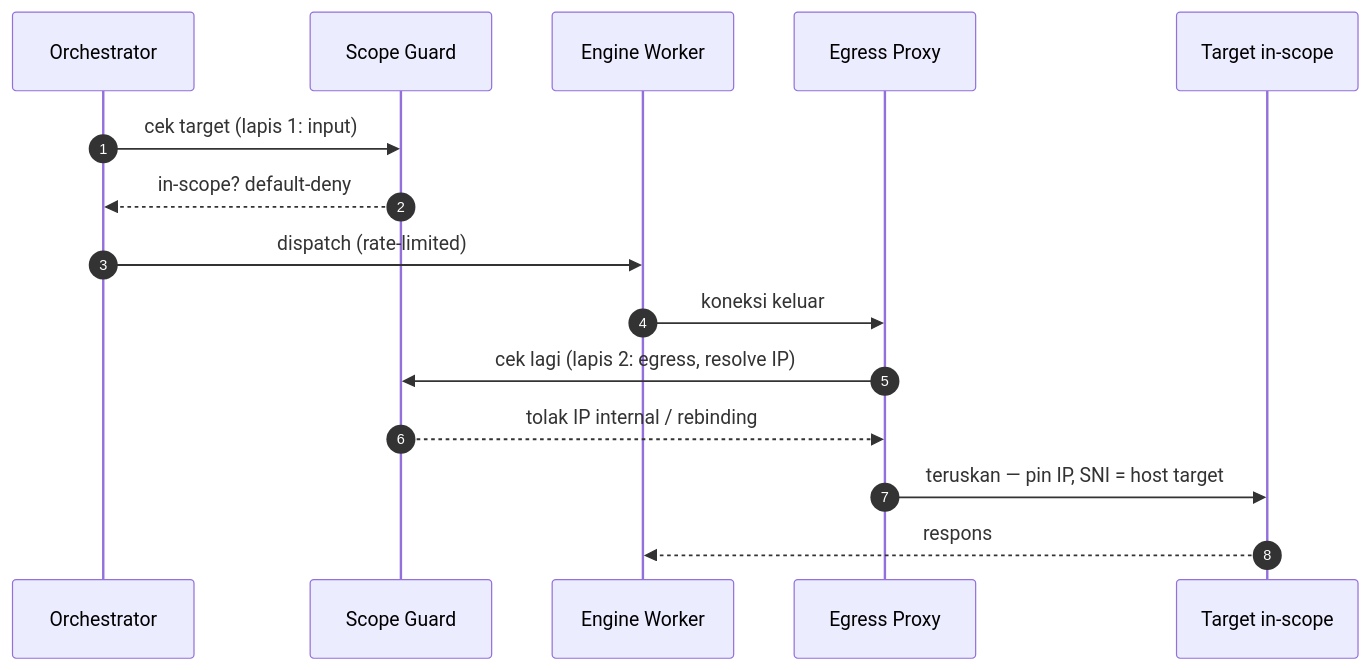
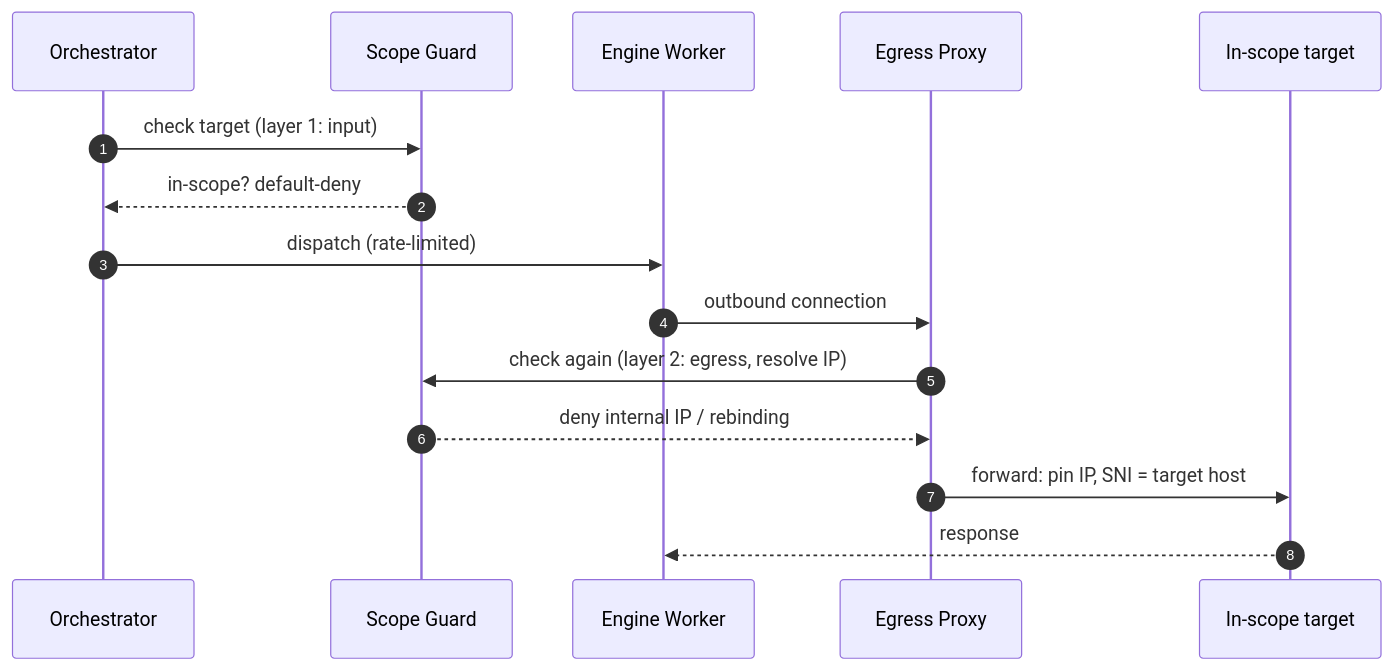
The second of 2 diagrams in README.md (Gh05txvx/bughound), drawn with Mermaid before and after one commit. The commit also changed other lines of this file and 262 other files, not shown here.

````diff
--- a/README.md
+++ b/README.md
@@ -115,17 +115,17 @@
 ```mermaid
 sequenceDiagram
     autonumber
     participant O as Orchestrator
     participant SG as Scope Guard
     participant W as Engine Worker
     participant P as Egress Proxy
-    participant T as Target in-scope
-    O->>SG: cek target (lapis 1: input)
+    participant T as In-scope target
+    O->>SG: check target (layer 1: input)
     SG-->>O: in-scope? default-deny
     O->>W: dispatch (rate-limited)
-    W->>P: koneksi keluar
-    P->>SG: cek lagi (lapis 2: egress, resolve IP)
-    SG-->>P: tolak IP internal / rebinding
-    P->>T: teruskan — pin IP, SNI = host target
-    T-->>W: respons
+    W->>P: outbound connection
+    P->>SG: check again (layer 2: egress, resolve IP)
+    SG-->>P: deny internal IP / rebinding
+    P->>T: forward: pin IP, SNI = target host
+    T-->>W: response
 ```
````
